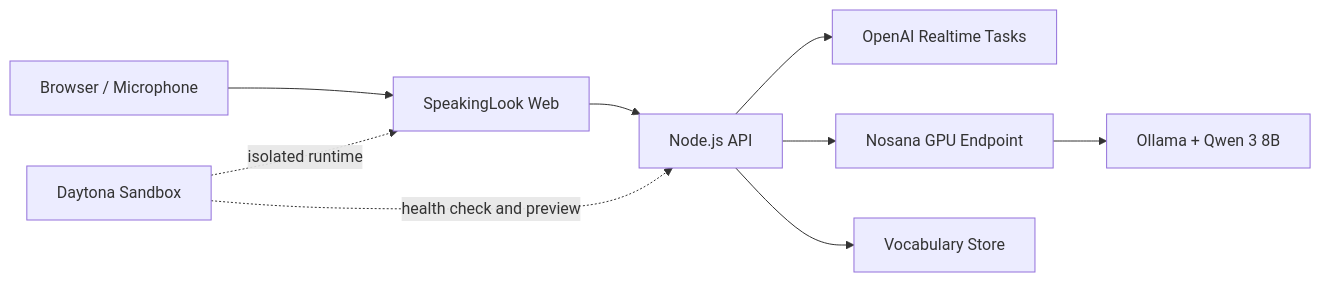
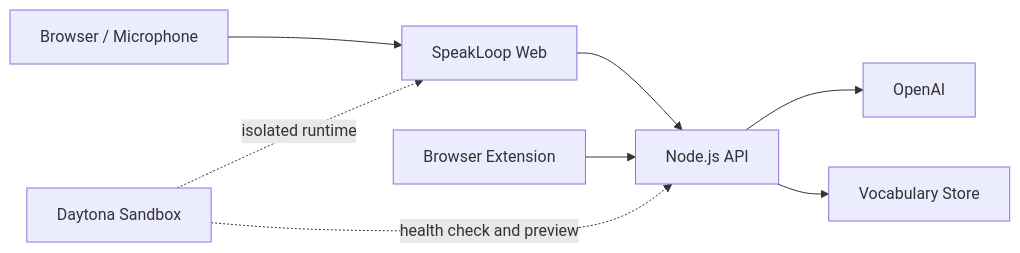
The diagram in README.md (SGAIProduct/speakingloop), drawn with Mermaid before and after one commit. The commit also changed other lines of this file and 37 other files, not shown here.

First line of the commit message:
Ship five demo fixes: SpeakLoop naming, OpenAI-only, web capture, live translation, working Errors page

````diff
--- a/README.md
+++ b/README.md
@@ -36,11 +37,10 @@
 ```mermaid
 flowchart LR
-    A[Browser / Microphone] --> B[SpeakingLook Web]
+    A[Browser / Microphone] --> B[SpeakLoop Web]
     B --> C[Node.js API]
-    C --> D[OpenAI Realtime Tasks]
-    C --> E[Nosana GPU Endpoint]
-    E --> F[Ollama + Qwen 3 8B]
+    C --> D[OpenAI]
+    I[Browser Extension] --> C
     C --> G[Vocabulary Store]
     H[Daytona Sandbox] -. isolated runtime .-> B
     H -. health check and preview .-> C
 ```
````
